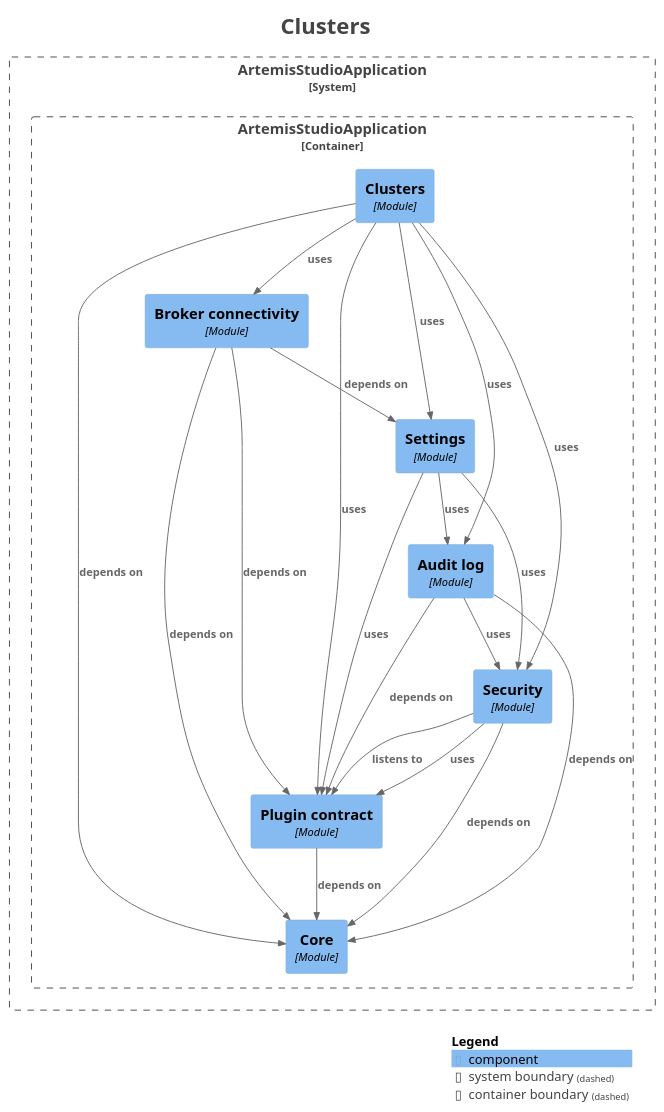
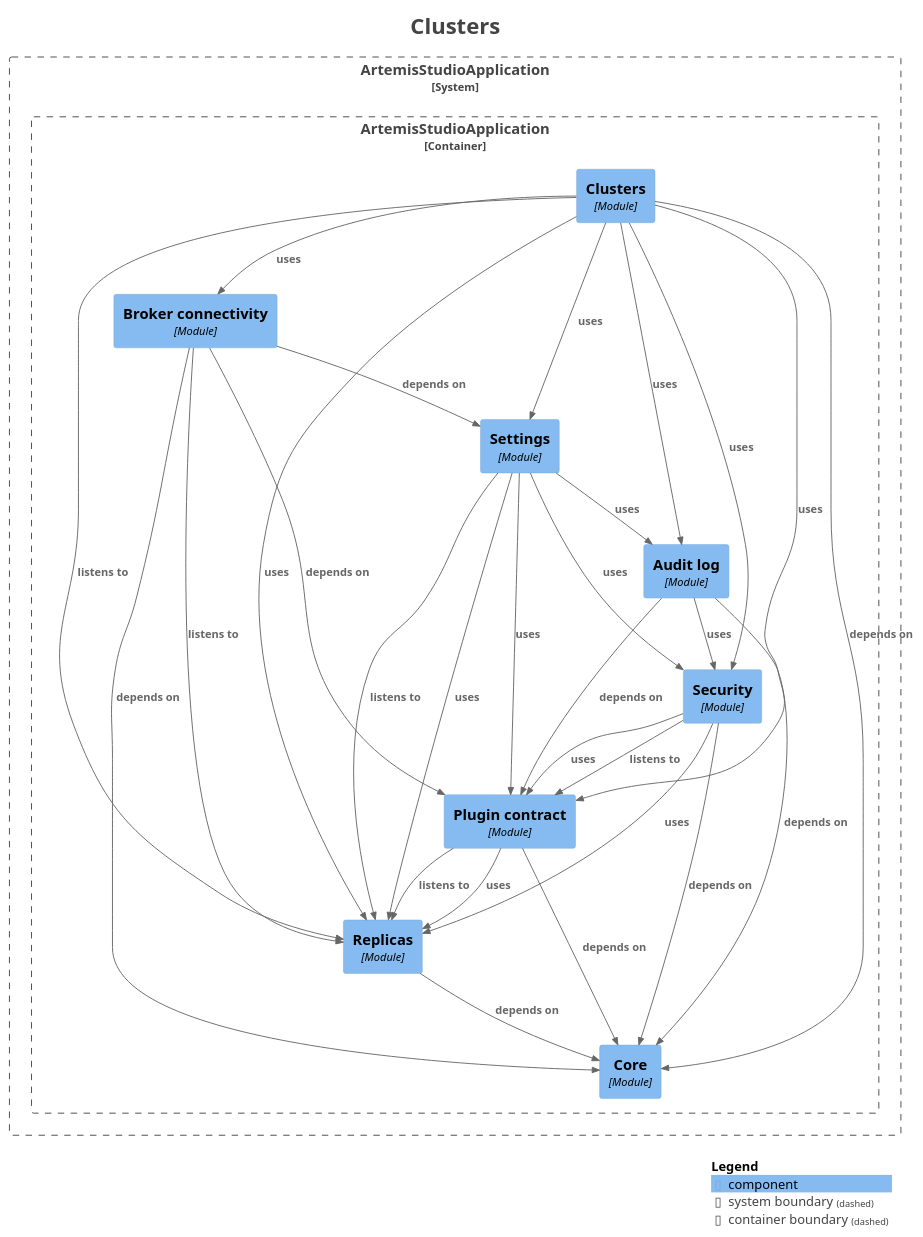
The diagram in docs/modules/module-platform.clusters.puml (sudoitir/artemis-studio), drawn with PlantUML before and after one commit. The commit also changed 50 other files, not shown here.

```diff
--- a/docs/modules/module-platform.clusters.puml
+++ b/docs/modules/module-platform.clusters.puml
@@ -1,53 +1,63 @@
 @startuml
 title <size:24>Clusters</size>
 
 set separator none
 top to bottom direction
 
 <style>
   root {
     BackgroundColor: #ffffff
     FontColor: #444444
   }
 </style>
 
 !include <C4/C4>
 !include <C4/C4_Context>
 !include <C4/C4_Component>
 
 System_Boundary("ArtemisStudioApplication_boundary", "ArtemisStudioApplication", $tags="") {
   Container_Boundary("ArtemisStudioApplication.ArtemisStudioApplication_boundary", "ArtemisStudioApplication", $tags="") {
+    Component(ArtemisStudioApplication.ArtemisStudioApplication.Settings, "Settings", $techn="Module", $descr="", $tags="", $link="")
     Component(ArtemisStudioApplication.ArtemisStudioApplication.Brokerconnectivity, "Broker connectivity", $techn="Module", $descr="", $tags="", $link="")
     Component(ArtemisStudioApplication.ArtemisStudioApplication.Clusters, "Clusters", $techn="Module", $descr="", $tags="", $link="")
     Component(ArtemisStudioApplication.ArtemisStudioApplication.Core, "Core", $techn="Module", $descr="", $tags="", $link="")
+    Component(ArtemisStudioApplication.ArtemisStudioApplication.Replicas, "Replicas", $techn="Module", $descr="", $tags="", $link="")
     Component(ArtemisStudioApplication.ArtemisStudioApplication.Plugincontract, "Plugin contract", $techn="Module", $descr="", $tags="", $link="")
     Component(ArtemisStudioApplication.ArtemisStudioApplication.Security, "Security", $techn="Module", $descr="", $tags="", $link="")
     Component(ArtemisStudioApplication.ArtemisStudioApplication.Auditlog, "Audit log", $techn="Module", $descr="", $tags="", $link="")
-    Component(ArtemisStudioApplication.ArtemisStudioApplication.Settings, "Settings", $techn="Module", $descr="", $tags="", $link="")
   }
 
 }
 
 Rel(ArtemisStudioApplication.ArtemisStudioApplication.Auditlog, ArtemisStudioApplication.ArtemisStudioApplication.Core, "depends on", $techn="", $tags="", $link="")
 Rel(ArtemisStudioApplication.ArtemisStudioApplication.Auditlog, ArtemisStudioApplication.ArtemisStudioApplication.Plugincontract, "depends on", $techn="", $tags="", $link="")
 Rel(ArtemisStudioApplication.ArtemisStudioApplication.Auditlog, ArtemisStudioApplication.ArtemisStudioApplication.Security, "uses", $techn="", $tags="", $link="")
 Rel(ArtemisStudioApplication.ArtemisStudioApplication.Brokerconnectivity, ArtemisStudioApplication.ArtemisStudioApplication.Core, "depends on", $techn="", $tags="", $link="")
 Rel(ArtemisStudioApplication.ArtemisStudioApplication.Brokerconnectivity, ArtemisStudioApplication.ArtemisStudioApplication.Plugincontract, "depends on", $techn="", $tags="", $link="")
+Rel(ArtemisStudioApplication.ArtemisStudioApplication.Brokerconnectivity, ArtemisStudioApplication.ArtemisStudioApplication.Replicas, "listens to", $techn="", $tags="", $link="")
 Rel(ArtemisStudioApplication.ArtemisStudioApplication.Brokerconnectivity, ArtemisStudioApplication.ArtemisStudioApplication.Settings, "depends on", $techn="", $tags="", $link="")
 Rel(ArtemisStudioApplication.ArtemisStudioApplication.Clusters, ArtemisStudioApplication.ArtemisStudioApplication.Auditlog, "uses", $techn="", $tags="", $link="")
 Rel(ArtemisStudioApplication.ArtemisStudioApplication.Clusters, ArtemisStudioApplication.ArtemisStudioApplication.Brokerconnectivity, "uses", $techn="", $tags="", $link="")
 Rel(ArtemisStudioApplication.ArtemisStudioApplication.Clusters, ArtemisStudioApplication.ArtemisStudioApplication.Core, "depends on", $techn="", $tags="", $link="")
 Rel(ArtemisStudioApplication.ArtemisStudioApplication.Clusters, ArtemisStudioApplication.ArtemisStudioApplication.Plugincontract, "uses", $techn="", $tags="", $link="")
+Rel(ArtemisStudioApplication.ArtemisStudioApplication.Clusters, ArtemisStudioApplication.ArtemisStudioApplication.Replicas, "listens to", $techn="", $tags="", $link="")
+Rel(ArtemisStudioApplication.ArtemisStudioApplication.Clusters, ArtemisStudioApplication.ArtemisStudioApplication.Replicas, "uses", $techn="", $tags="", $link="")
 Rel(ArtemisStudioApplication.ArtemisStudioApplication.Clusters, ArtemisStudioApplication.ArtemisStudioApplication.Security, "uses", $techn="", $tags="", $link="")
 Rel(ArtemisStudioApplication.ArtemisStudioApplication.Clusters, ArtemisStudioApplication.ArtemisStudioApplication.Settings, "uses", $techn="", $tags="", $link="")
 Rel(ArtemisStudioApplication.ArtemisStudioApplication.Plugincontract, ArtemisStudioApplication.ArtemisStudioApplication.Core, "depends on", $techn="", $tags="", $link="")
+Rel(ArtemisStudioApplication.ArtemisStudioApplication.Plugincontract, ArtemisStudioApplication.ArtemisStudioApplication.Replicas, "listens to", $techn="", $tags="", $link="")
+Rel(ArtemisStudioApplication.ArtemisStudioApplication.Plugincontract, ArtemisStudioApplication.ArtemisStudioApplication.Replicas, "uses", $techn="", $tags="", $link="")
+Rel(ArtemisStudioApplication.ArtemisStudioApplication.Replicas, ArtemisStudioApplication.ArtemisStudioApplication.Core, "depends on", $techn="", $tags="", $link="")
 Rel(ArtemisStudioApplication.ArtemisStudioApplication.Security, ArtemisStudioApplication.ArtemisStudioApplication.Core, "depends on", $techn="", $tags="", $link="")
 Rel(ArtemisStudioApplication.ArtemisStudioApplication.Security, ArtemisStudioApplication.ArtemisStudioApplication.Plugincontract, "listens to", $techn="", $tags="", $link="")
 Rel(ArtemisStudioApplication.ArtemisStudioApplication.Security, ArtemisStudioApplication.ArtemisStudioApplication.Plugincontract, "uses", $techn="", $tags="", $link="")
+Rel(ArtemisStudioApplication.ArtemisStudioApplication.Security, ArtemisStudioApplication.ArtemisStudioApplication.Replicas, "uses", $techn="", $tags="", $link="")
 Rel(ArtemisStudioApplication.ArtemisStudioApplication.Settings, ArtemisStudioApplication.ArtemisStudioApplication.Auditlog, "uses", $techn="", $tags="", $link="")
 Rel(ArtemisStudioApplication.ArtemisStudioApplication.Settings, ArtemisStudioApplication.ArtemisStudioApplication.Plugincontract, "uses", $techn="", $tags="", $link="")
+Rel(ArtemisStudioApplication.ArtemisStudioApplication.Settings, ArtemisStudioApplication.ArtemisStudioApplication.Replicas, "listens to", $techn="", $tags="", $link="")
+Rel(ArtemisStudioApplication.ArtemisStudioApplication.Settings, ArtemisStudioApplication.ArtemisStudioApplication.Replicas, "uses", $techn="", $tags="", $link="")
 Rel(ArtemisStudioApplication.ArtemisStudioApplication.Settings, ArtemisStudioApplication.ArtemisStudioApplication.Security, "uses", $techn="", $tags="", $link="")
 
 SHOW_LEGEND(true)
 hide stereotypes
 @enduml
```
